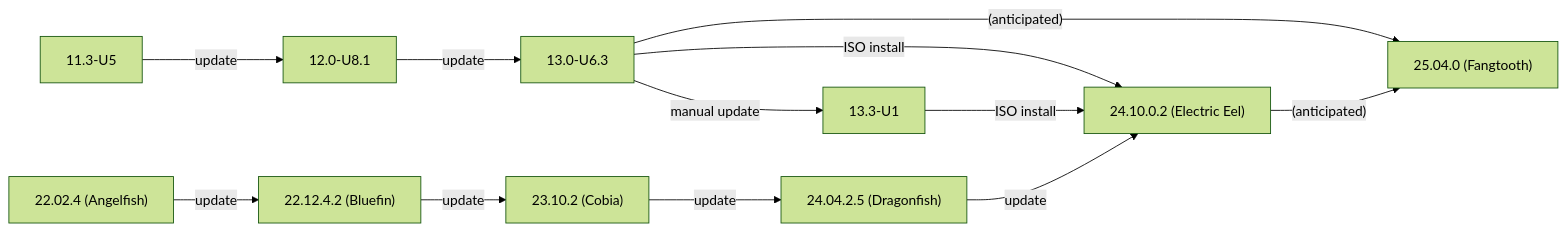
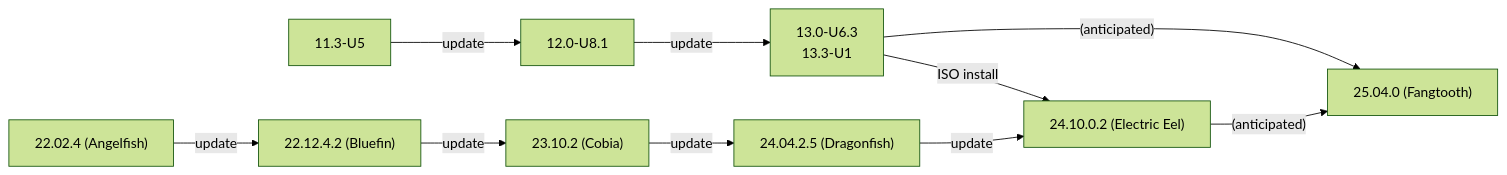
One commit to truenas/documentation changed the first of 2 diagrams in static/includes/SCALEUpgradePaths.md. Above: the diagram before and after it, drawn with Mermaid (forest theme).

```diff
--- a/static/includes/SCALEUpgradePaths.md
+++ b/static/includes/SCALEUpgradePaths.md
@@ -49,15 +49,13 @@
           {{< mermaid class="mermaid_sizing" >}}
           flowchart LR
             A["11.3-U5"] -->|update| B["12.0-U8.1"]
-            B -->|update| C["13.0-U6.3"]
-            C -->|manual update| E
-            C -->|ISO install| I
-            C -->|"(anticipated)"| J
-            D["22.02.4 (Angelfish)"] -->|update| F
-            E["13.3-U1"] -->|ISO install| I
-            F["22.12.4.2 (Bluefin)"] -->|update| G
-            G["23.10.2 (Cobia)"] -->|update| H
-            H["24.04.2.5 (Dragonfish)"] -->|update| I
-            I["24.10.0.2 (Electric Eel)"] -->|"(anticipated)"| J
-            J["25.04.0 (Fangtooth)"]
+            B -->|update| C["13.0-U6.3 <br> 13.3-U1"]
+            C -->|ISO install| H
+            C -->|"(anticipated)"| I
+            D["22.02.4 (Angelfish)"] -->|update| E
+            E["22.12.4.2 (Bluefin)"] -->|update| F
+            F["23.10.2 (Cobia)"] -->|update| G
+            G["24.04.2.5 (Dragonfish)"] -->|update| H
+            H["24.10.0.2 (Electric Eel)"] -->|"(anticipated)"| I
+            I["25.04.0 (Fangtooth)"]
           {{< /mermaid >}}
```
